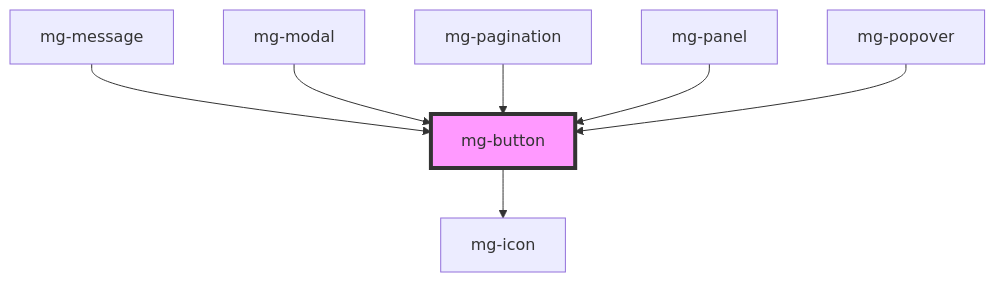
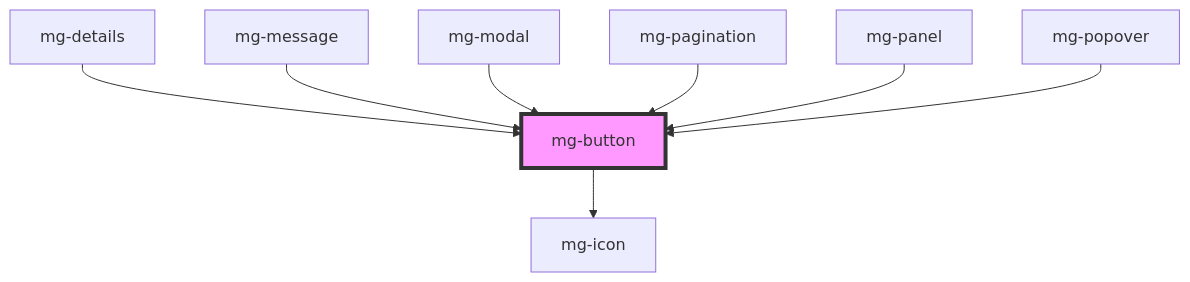
One commit to MGDIS/mg-components changed the diagram in src/components/atoms/mg-button/readme.md. Above: the diagram before and after it, drawn with Mermaid. The commit also changed other lines of this file and 8 other files, not shown here.

````diff
--- a/src/components/atoms/mg-button/readme.md
+++ b/src/components/atoms/mg-button/readme.md
@@ -57,10 +58,11 @@
 ```mermaid
 graph TD;
   mg-button --> mg-icon
+  mg-details --> mg-button
   mg-message --> mg-button
   mg-modal --> mg-button
   mg-pagination --> mg-button
   mg-panel --> mg-button
   mg-popover --> mg-button
   style mg-button fill:#f9f,stroke:#333,stroke-width:4px
 ```
````
